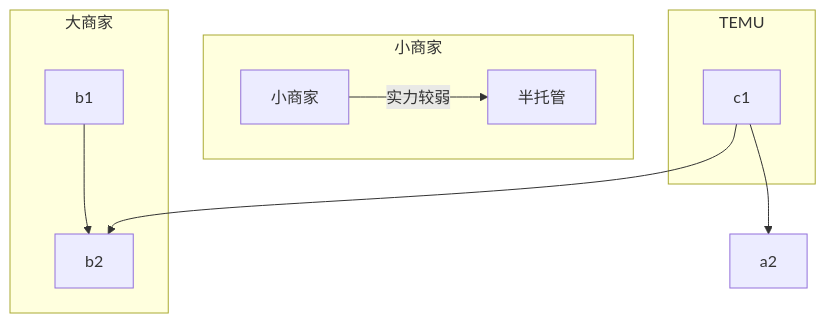
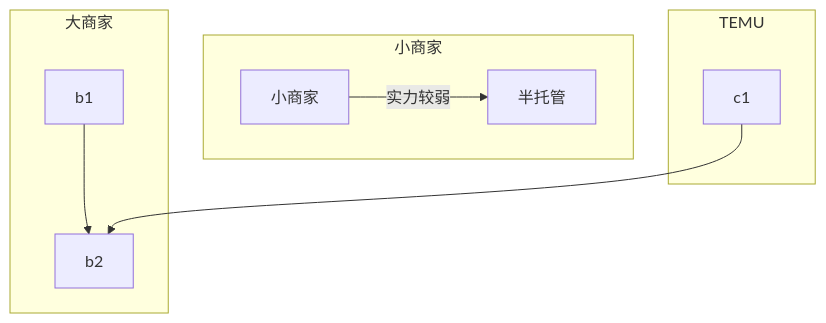
Before and after one commit to Zora0203/iodraw-files: the diagram in all/TEMU链路图.md, drawn with Mermaid.

Commit message:
2024-12-06 16:31:33 update

````diff
--- a/all/TEMU链路图.md
+++ b/all/TEMU链路图.md
@@ -1,13 +1,13 @@
 ```mermaid
 flowchart TB
-    c1-->a2
+
     subgraph 小商家
     a1[小商家]--实力较弱-->ban[半托管]
     end
     subgraph 大商家
     b1-->b2
     end
     subgraph TEMU
     c1-->b2
     end
 ```
````
